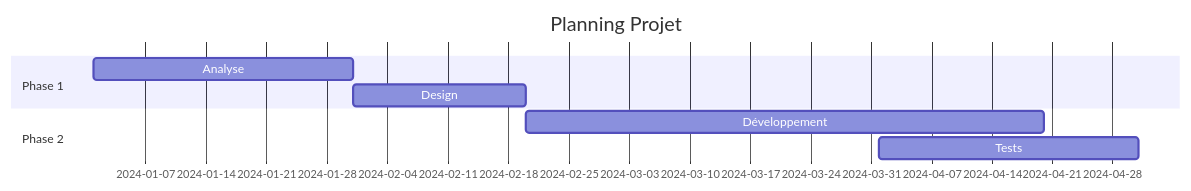
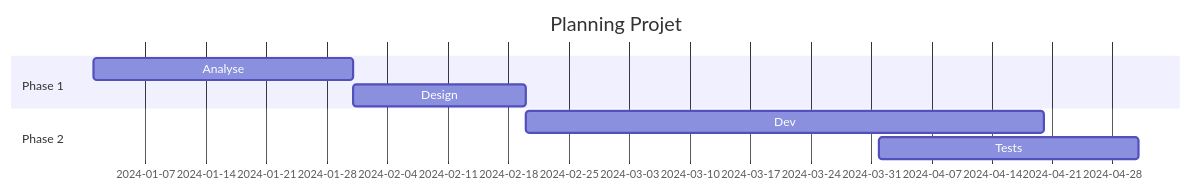
Before and after one commit to julien-riel/research-and-presentation-team: the fourth of 17 diagrams in .claude/skills/diagram-generator/SKILL.md, drawn with Mermaid. The commit also changed other lines of this file and 60 other files, not shown here.

````diff
--- a/.claude/skills/diagram-generator/SKILL.md
+++ b/.claude/skills/diagram-generator/SKILL.md
@@ -153,13 +263,13 @@
 ```mermaid
 gantt
     title Planning Projet
     dateFormat YYYY-MM-DD
 
     section Phase 1
     Analyse    :a1, 2024-01-01, 30d
     Design     :a2, after a1, 20d
 
     section Phase 2
-    Développement :2024-02-20, 60d
-    Tests        :2024-04-01, 30d
+    Dev        :2024-02-20, 60d
+    Tests      :2024-04-01, 30d
 ```
````
